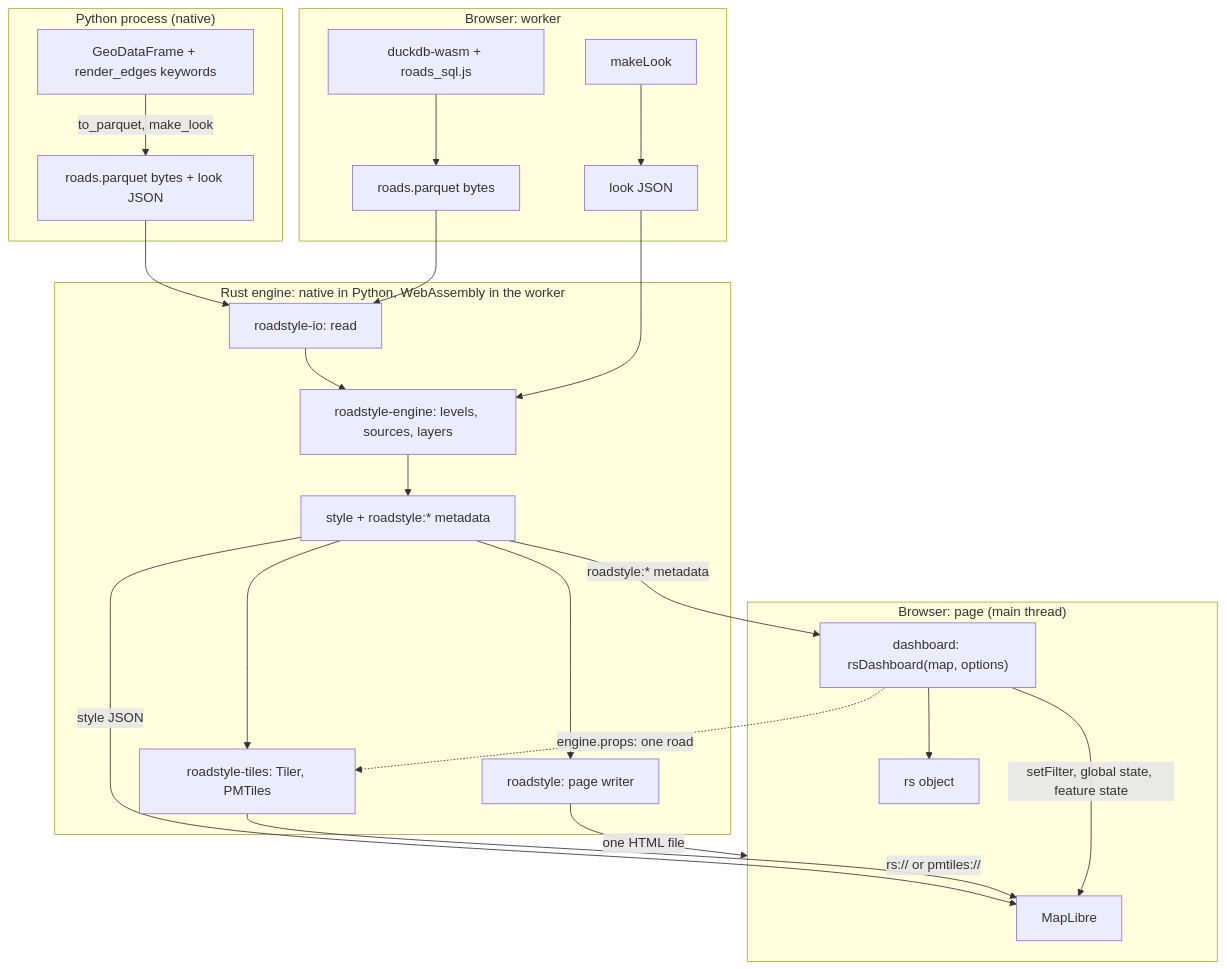
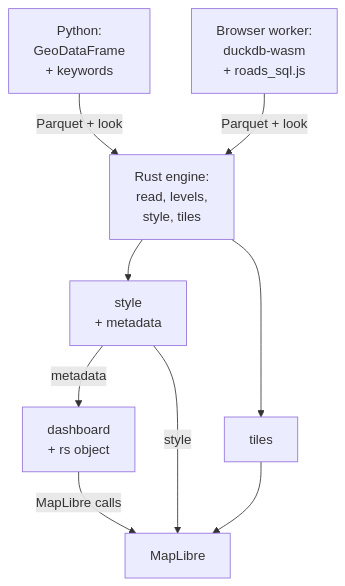
Before and after one commit to Khoshkhah/roadstyle: the third of 6 diagrams in docs/rust/architecture.md, drawn with Mermaid. The commit also changed other lines of this file and 1 other file, not shown here.

First line of the commit message:
docs: diagrams that fit their text, and a simpler data flow

````diff
--- a/docs/rust/architecture.md
+++ b/docs/rust/architecture.md
@@ -225,32 +225,18 @@
 ```mermaid
 flowchart TB
-    subgraph native["Python process (native)"]
-        gdf["GeoDataFrame + render_edges keywords"]
-        gdf -->|"to_parquet, make_look"| inp1["roads.parquet bytes + look JSON"]
-    end
-    subgraph worker["Browser: worker"]
-        sql["duckdb-wasm + roads_sql.js"] --> inp2["roads.parquet bytes"]
-        mk["makeLook"] --> lk2["look JSON"]
-    end
-    subgraph core["Rust engine: native in Python, WebAssembly in the worker"]
-        rd["roadstyle-io: read"] --> eng["roadstyle-engine: levels, sources, layers"]
-        eng --> sty["style + roadstyle:* metadata"]
-        sty --> tl["roadstyle-tiles: Tiler, PMTiles"]
-        sty --> pg["roadstyle: page writer"]
-    end
-    inp1 --> rd
-    inp2 --> rd
-    lk2 --> eng
-    subgraph page["Browser: page (main thread)"]
-        ml["MapLibre"]
-        db["dashboard: rsDashboard(map, options)"]
-        rsobj["rs object"]
-        db --> rsobj
-    end
-    sty -->|"style JSON"| ml
-    tl -->|"rs:// or pmtiles://"| ml
-    pg -->|"one HTML file"| page
-    sty -->|"roadstyle:* metadata"| db
-    db -->|"setFilter, global state, feature state"| ml
-    db -.->|"engine.props: one road"| tl
+    py["Python:<br/>GeoDataFrame<br/>+ keywords"]
+    wk["Browser worker:<br/>duckdb-wasm<br/>+ roads_sql.js"]
+    eng["Rust engine:<br/>read, levels,<br/>style, tiles"]
+    sty["style<br/>+ metadata"]
+    tl["tiles"]
+    db["dashboard<br/>+ rs object"]
+    ml["MapLibre"]
+    py -->|"Parquet + look"| eng
+    wk -->|"Parquet + look"| eng
+    eng --> sty
+    eng --> tl
+    sty -->|"metadata"| db
+    sty -->|"style"| ml
+    tl --> ml
+    db -->|"MapLibre calls"| ml
 ```
````
